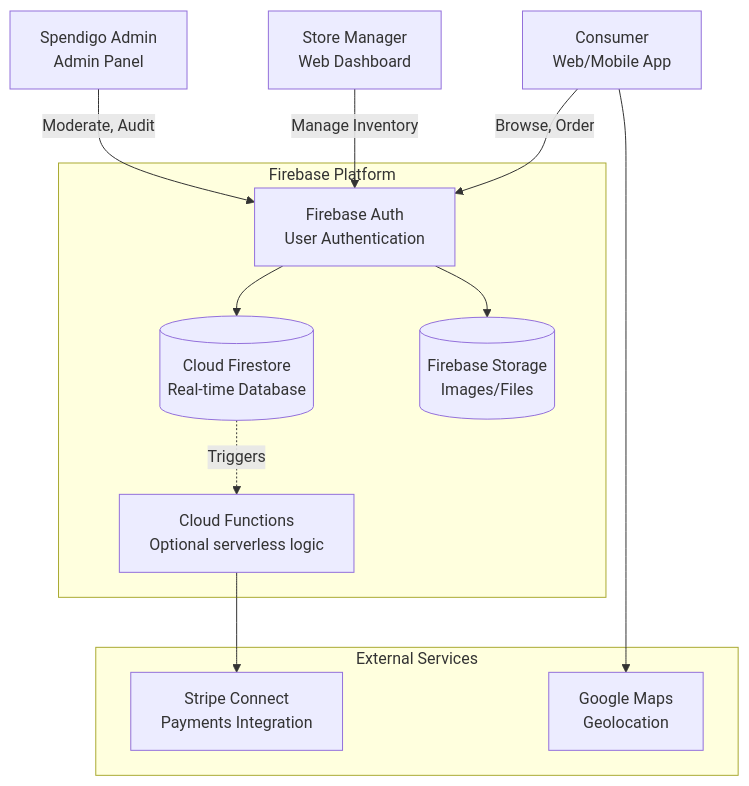
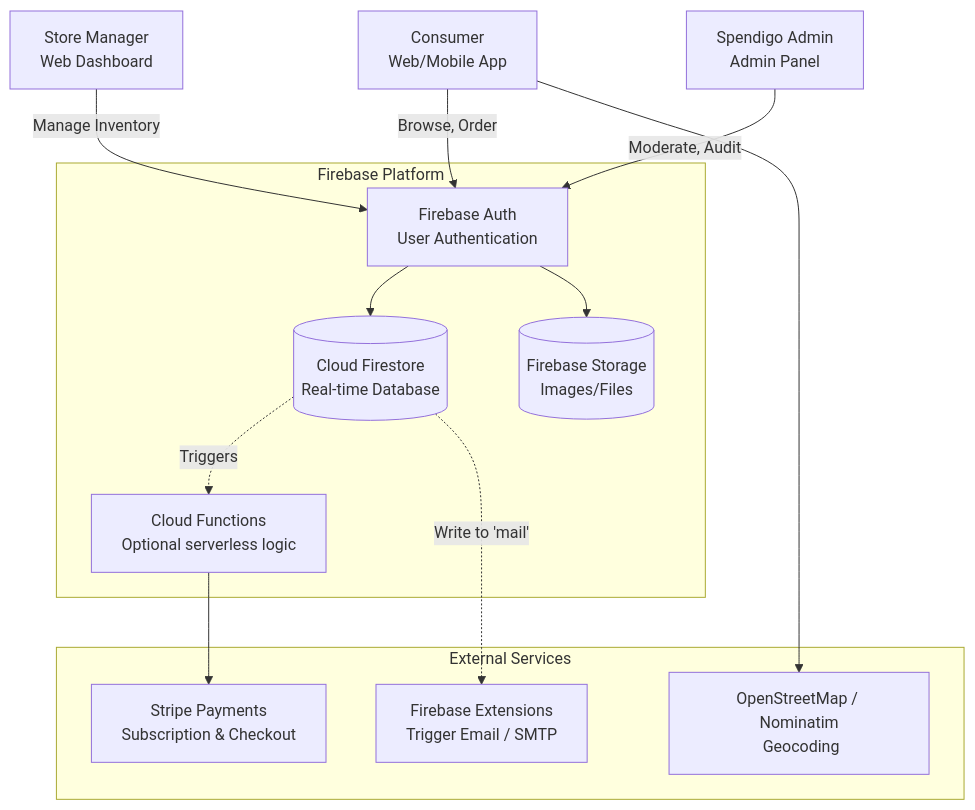
The first of 3 diagrams in docs/ARCHITECTURE.md (spendigo-admin/spendigo-v1-relational_db), drawn with Mermaid before and after one commit. The commit also changed other lines of this file and 7 other files, not shown here.

Commit message:
docs: update architecture, gap analysis, and tech stack; add ci/cd workflow

````diff
--- a/docs/ARCHITECTURE.md
+++ b/docs/ARCHITECTURE.md
@@ -16,28 +16,30 @@
 ```mermaid
 graph TB
     Consumer[Consumer<br/>Web/Mobile App]
     StoreMgr[Store Manager<br/>Web Dashboard]
     Admin[Spendigo Admin<br/>Admin Panel]
 
     subgraph Firebase Platform
         Auth[Firebase Auth<br/>User Authentication]
         Firestore[(Cloud Firestore<br/>Real-time Database)]
         Storage[(Firebase Storage<br/>Images/Files)]
         Functions[Cloud Functions<br/>Optional serverless logic]
     end
 
     subgraph External Services
-        Stripe[Stripe Connect<br/>Payments Integration]
-        Maps[Google Maps<br/> Geolocation]
+        Stripe[Stripe Payments<br/>Subscription & Checkout]
+        OSM[OpenStreetMap / Nominatim<br/> Geocoding]
+        Email[Firebase Extensions<br/>Trigger Email / SMTP]
     end
 
     Consumer -->|Browse, Order| Auth
     StoreMgr -->|Manage Inventory| Auth
     Admin -->|Moderate, Audit| Auth
     
     Auth --> Firestore
     Auth --> Storage
     Firestore -.->|Triggers| Functions
+    Firestore -.->|Write to 'mail'| Email
     Functions --> Stripe
-    Consumer --> Maps
+    Consumer --> OSM
 ```
````
